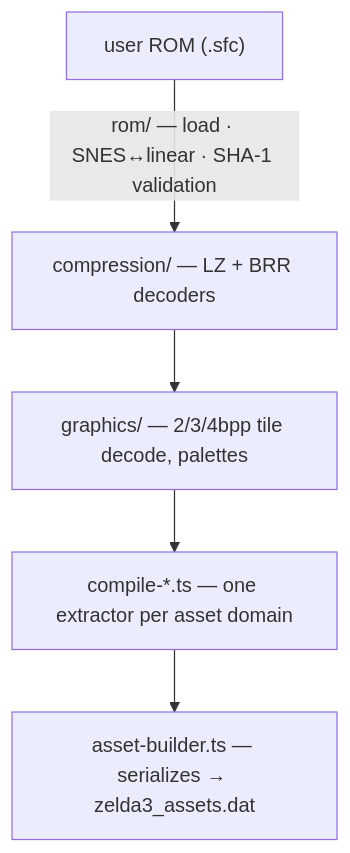
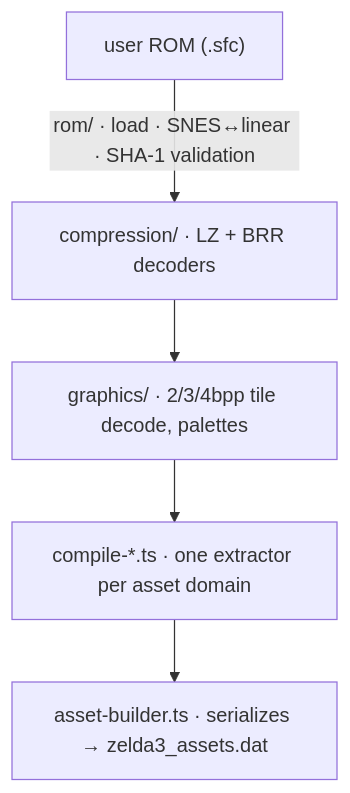
The diagram in docs/architecture/asset-extraction.md (drizztdourden08/relic-of-the-past), drawn with Mermaid before and after one commit. The commit also changed other lines of this file and 2120 other files, not shown here.

````diff
--- a/docs/architecture/asset-extraction.md
+++ b/docs/architecture/asset-extraction.md
@@ -10,7 +10,7 @@
 ```mermaid
 flowchart TD
-    ROM["user ROM (.sfc)"] -->|"rom/ — load · SNES↔linear · SHA-1 validation"| COMP["compression/ — LZ + BRR decoders"]
-    COMP --> GFX["graphics/ — 2/3/4bpp tile decode, palettes"]
-    GFX --> CMP["compile-*.ts — one extractor per asset domain"]
-    CMP --> AB["asset-builder.ts — serializes → zelda3_assets.dat"]
+    ROM["user ROM (.sfc)"] -->|"rom/ · load · SNES↔linear · SHA-1 validation"| COMP["compression/ · LZ + BRR decoders"]
+    COMP --> GFX["graphics/ · 2/3/4bpp tile decode, palettes"]
+    GFX --> CMP["compile-*.ts · one extractor per asset domain"]
+    CMP --> AB["asset-builder.ts · serializes → zelda3_assets.dat"]
 ```
````
